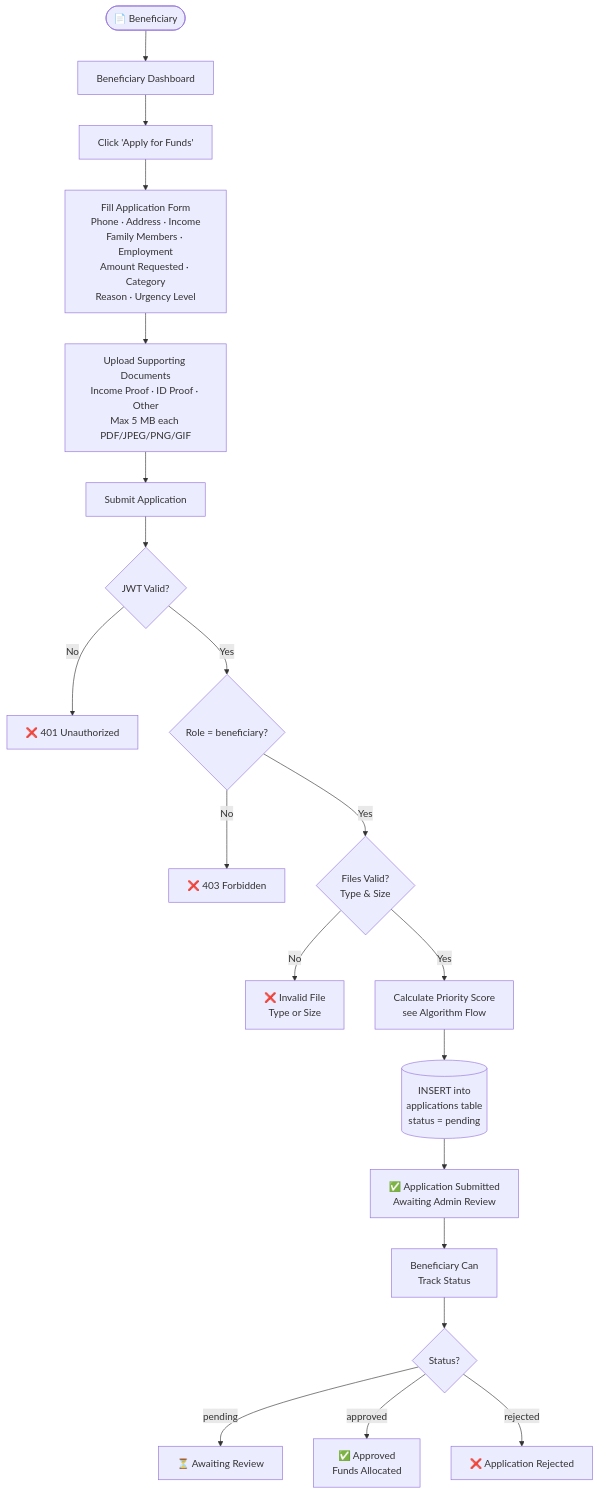
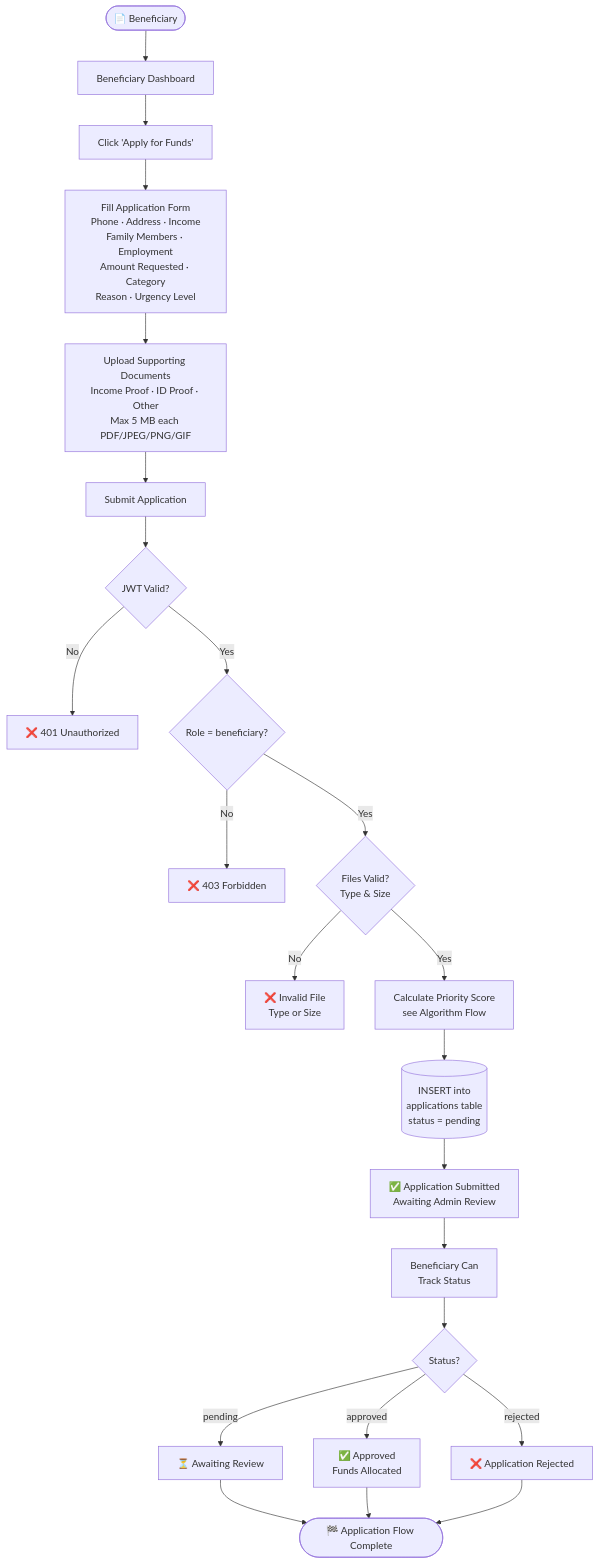
The fourth of 8 diagrams in docs/flow-diagram.md (erabdurrahman/financial_resourse_managment_for_social-_wlefare), drawn with Mermaid before and after one commit. The commit also changed other lines of this file, not shown here.

First line of the commit message:
Add end terminal nodes to all flow diagrams in docs/flow-diagram.md

````diff
--- a/docs/flow-diagram.md
+++ b/docs/flow-diagram.md
@@ -113,25 +131,29 @@
 ```mermaid
 flowchart TD
     Benef([📄 Beneficiary]) --> Dashboard[Beneficiary Dashboard]
     Dashboard --> AppBtn[Click 'Apply for Funds']
     AppBtn --> FillForm[Fill Application Form\nPhone · Address · Income\nFamily Members · Employment\nAmount Requested · Category\nReason · Urgency Level]
     FillForm --> UploadDocs[Upload Supporting Documents\nIncome Proof · ID Proof · Other\nMax 5 MB each PDF/JPEG/PNG/GIF]
 
     UploadDocs --> Submit[Submit Application]
     Submit --> JWTCheck{JWT Valid?}
     JWTCheck -- No --> Unauthorized[❌ 401 Unauthorized]
     JWTCheck -- Yes --> RoleCheck{Role = beneficiary?}
     RoleCheck -- No --> Forbidden[❌ 403 Forbidden]
     RoleCheck -- Yes --> FileCheck{Files Valid?\nType & Size}
     FileCheck -- No --> FileErr[❌ Invalid File\nType or Size]
     FileCheck -- Yes --> CalcScore[Calculate Priority Score\nsee Algorithm Flow]
 
     CalcScore --> SaveApp[(INSERT into\napplications table\nstatus = pending)]
     SaveApp --> Notify[✅ Application Submitted\nAwaiting Admin Review]
     Notify --> TrackStatus[Beneficiary Can\nTrack Status]
 
     TrackStatus --> StatusPoll{Status?}
     StatusPoll -- pending --> Waiting[⏳ Awaiting Review]
     StatusPoll -- approved --> Approved[✅ Approved\nFunds Allocated]
     StatusPoll -- rejected --> Rejected[❌ Application Rejected]
+
+    Waiting --> AppEnd([🏁 Application Flow Complete])
+    Approved --> AppEnd
+    Rejected --> AppEnd
 ```
````
